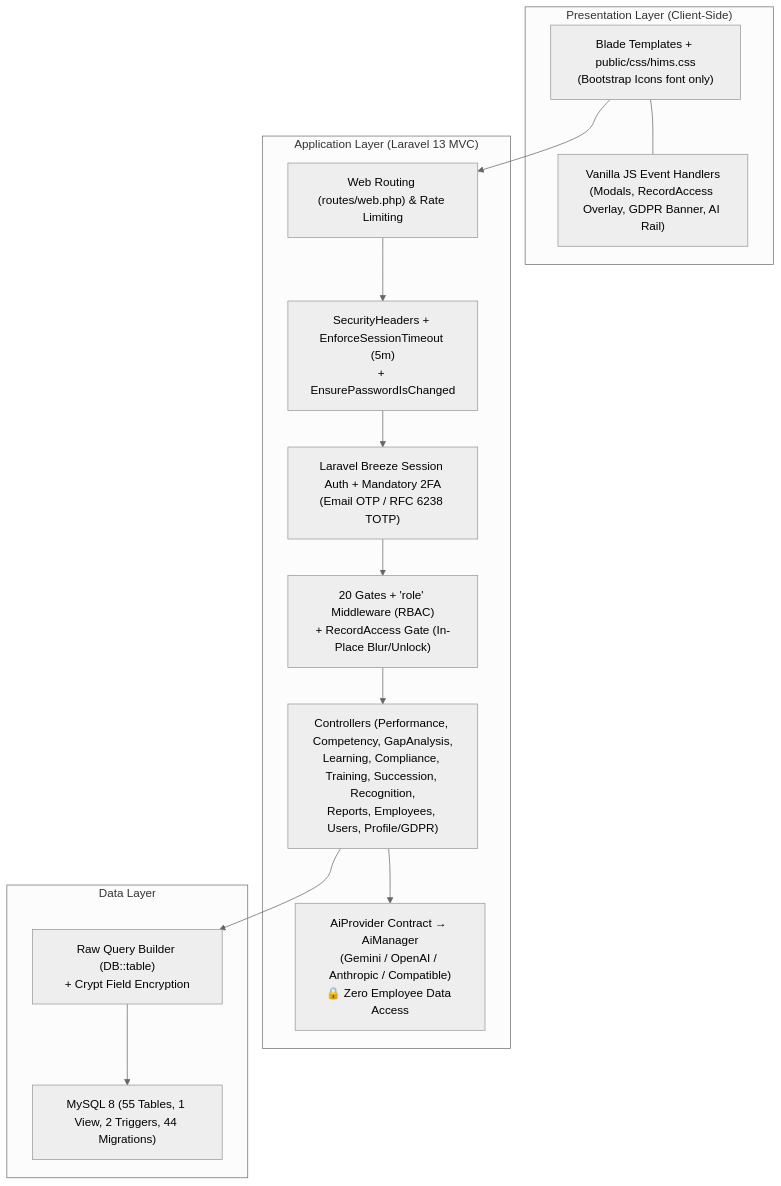
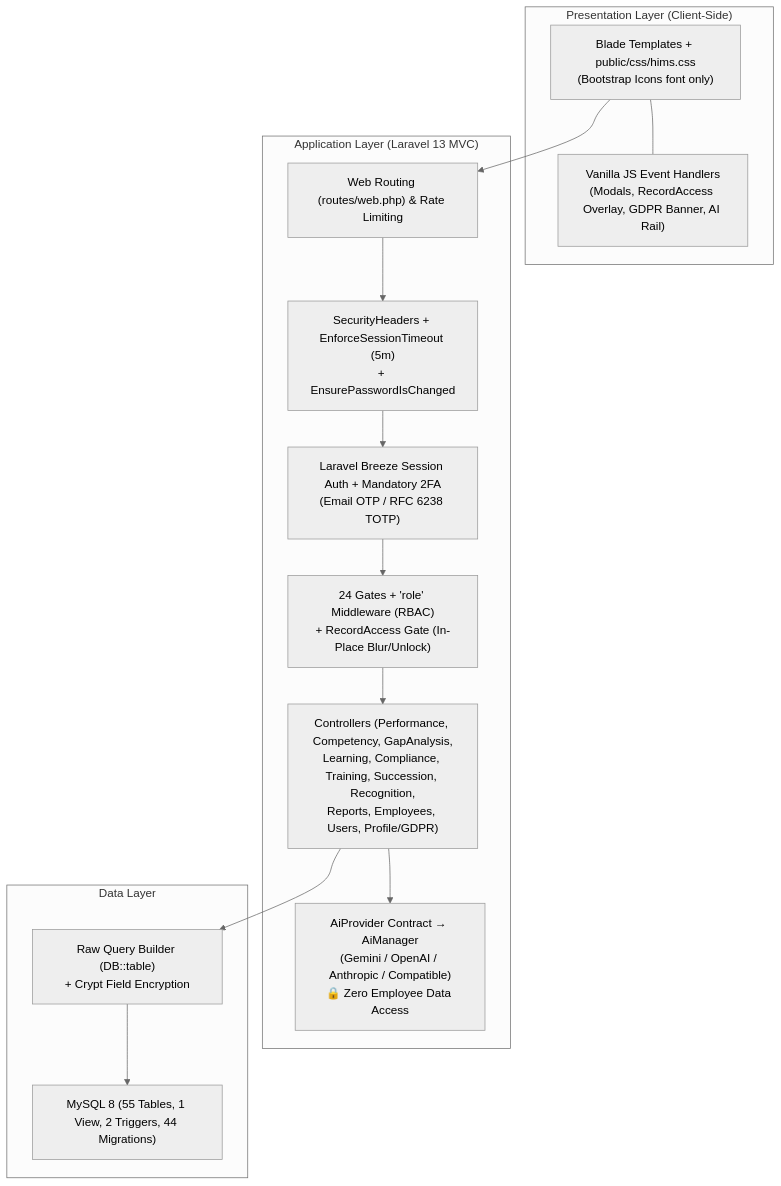
One commit to shikabane277/HIMS-v2 changed the first of 3 diagrams in HIMS_ARCHITECTURE_AND_SECURITY.md. Above: the diagram before and after it, drawn with Mermaid (neutral theme). The commit also changed other lines of this file and 4 other files, not shown here.

````diff
--- a/HIMS_ARCHITECTURE_AND_SECURITY.md
+++ b/HIMS_ARCHITECTURE_AND_SECURITY.md
@@ -28,21 +28,21 @@
 ```mermaid
 graph TD
     subgraph "Presentation Layer (Client-Side)"
         A["Blade Templates + public/css/hims.css<br/>(Bootstrap Icons font only)"] --- B["Vanilla JS Event Handlers<br/>(Modals, RecordAccess Overlay, GDPR Banner, AI Rail)"]
     end
 
     subgraph "Application Layer (Laravel 13 MVC)"
         C["Web Routing (routes/web.php) & Rate Limiting"] --> SH["SecurityHeaders + EnforceSessionTimeout (5m)<br/>+ EnsurePasswordIsChanged"]
         SH --> D["Laravel Breeze Session Auth + Mandatory 2FA<br/>(Email OTP / RFC 6238 TOTP)"]
-        D --> RB["20 Gates + 'role' Middleware (RBAC)<br/>+ RecordAccess Gate (In-Place Blur/Unlock)"]
+        D --> RB["24 Gates + 'role' Middleware (RBAC)<br/>+ RecordAccess Gate (In-Place Blur/Unlock)"]
         RB --> E["Controllers (Performance, Competency, GapAnalysis,<br/>Learning, Compliance, Training, Succession, Recognition,<br/>Reports, Employees, Users, Profile/GDPR)"]
         E --> F["AiProvider Contract → AiManager<br/>(Gemini / OpenAI / Anthropic / Compatible)<br/>🔒 Zero Employee Data Access"]
     end
 
     subgraph "Data Layer"
         E --> H["Raw Query Builder (DB::table)<br/>+ Crypt Field Encryption"]
         H --> I["MySQL 8 (55 Tables, 1 View, 2 Triggers, 44 Migrations)"]
     end
 
     A --> C
 ```
````
